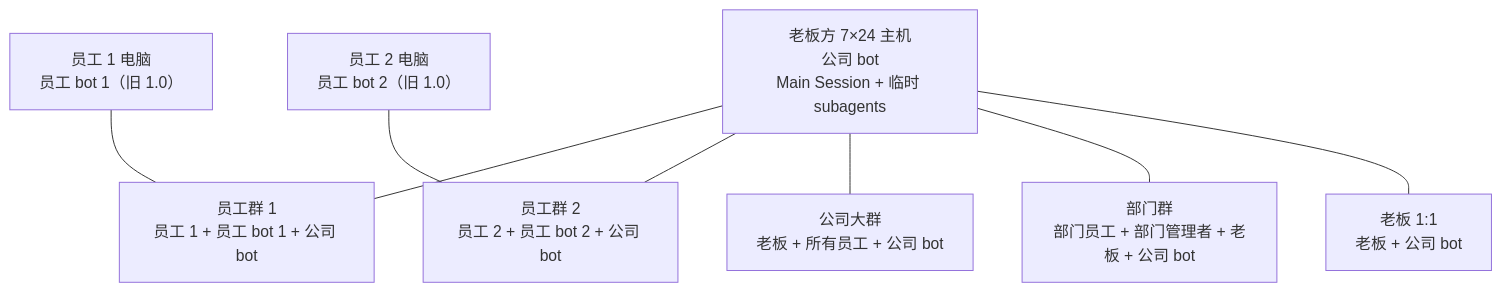
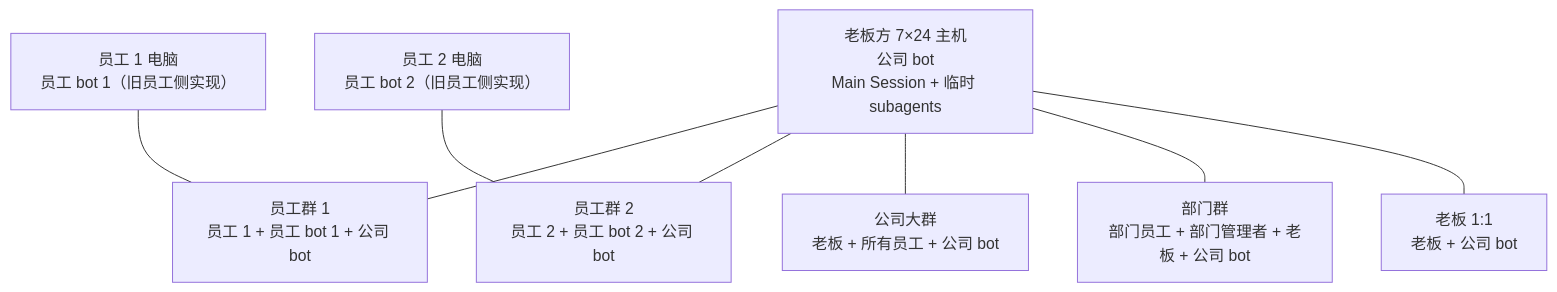
Before and after one commit to GoldenTellus/workbuddy-anc: the first of 2 diagrams in docs/FUTURE-DESIGN.md, drawn with Mermaid. The commit also changed other lines of this file and 12 other files, not shown here.

````diff
--- a/docs/FUTURE-DESIGN.md
+++ b/docs/FUTURE-DESIGN.md
@@ -123,20 +123,20 @@
 ```mermaid
 flowchart TB
   HOST["老板方 7×24 主机<br/>公司 bot<br/>Main Session + 临时 subagents"]
-  PC1["员工 1 电脑<br/>员工 bot 1（旧 1.0）"]
-  PC2["员工 2 电脑<br/>员工 bot 2（旧 1.0）"]
+  PC1["员工 1 电脑<br/>员工 bot 1（旧员工侧实现）"]
+  PC2["员工 2 电脑<br/>员工 bot 2（旧员工侧实现）"]
 
   G1["员工群 1<br/>员工 1 + 员工 bot 1 + 公司 bot"]
   G2["员工群 2<br/>员工 2 + 员工 bot 2 + 公司 bot"]
   G3["公司大群<br/>老板 + 所有员工 + 公司 bot"]
   G4["部门群<br/>部门员工 + 部门管理者 + 老板 + 公司 bot"]
   D1["老板 1:1<br/>老板 + 公司 bot"]
 
   HOST --- G1
   HOST --- G2
   HOST --- G3
   HOST --- G4
   HOST --- D1
   PC1 --- G1
   PC2 --- G2
 ```
````
